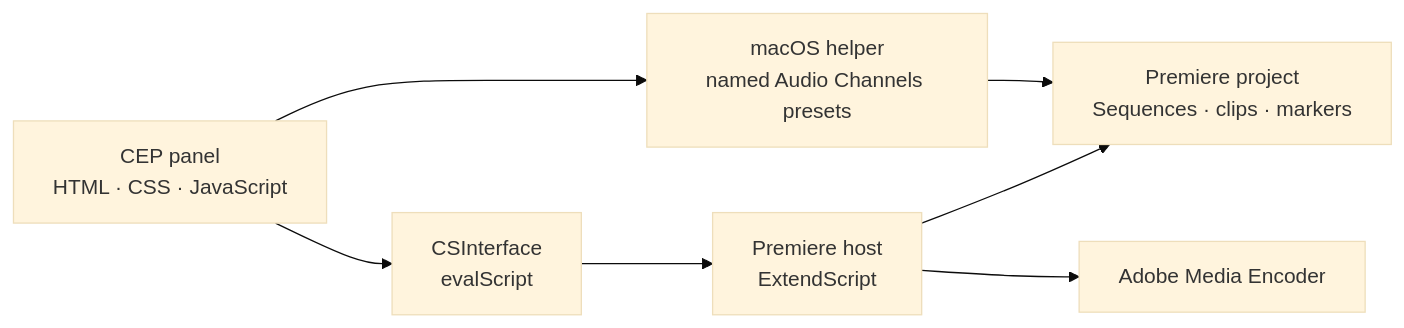
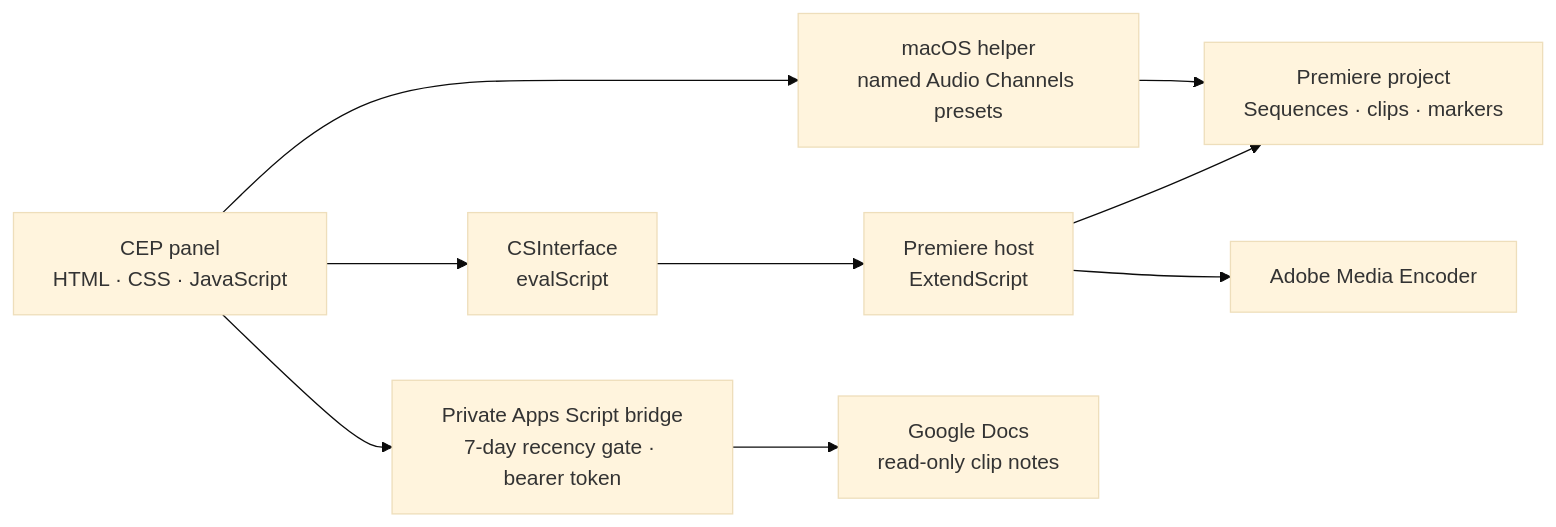
Before and after one commit to andersaucy/Unscripted-Podcast: the diagram in README.md, drawn with Mermaid (base theme). The commit also changed other lines of this file and 25 other files, not shown here.

````diff
--- a/README.md
+++ b/README.md
@@ -68,14 +112,17 @@
 ```mermaid
 flowchart LR
     UI["CEP panel<br/>HTML · CSS · JavaScript"]
     Bridge["CSInterface<br/>evalScript"]
     Host["Premiere host<br/>ExtendScript"]
     Presets["macOS helper<br/>named Audio Channels presets"]
     PPro["Premiere project<br/>Sequences · clips · markers"]
     AME["Adobe Media Encoder"]
+    Docs["Google Docs<br/>read-only clip notes"]
+    Apps["Private Apps Script bridge<br/>7-day recency gate · bearer token"]
 
     UI --> Bridge --> Host
+    UI --> Apps --> Docs
     UI --> Presets --> PPro
     Host --> PPro
     Host --> AME
 ```
````
